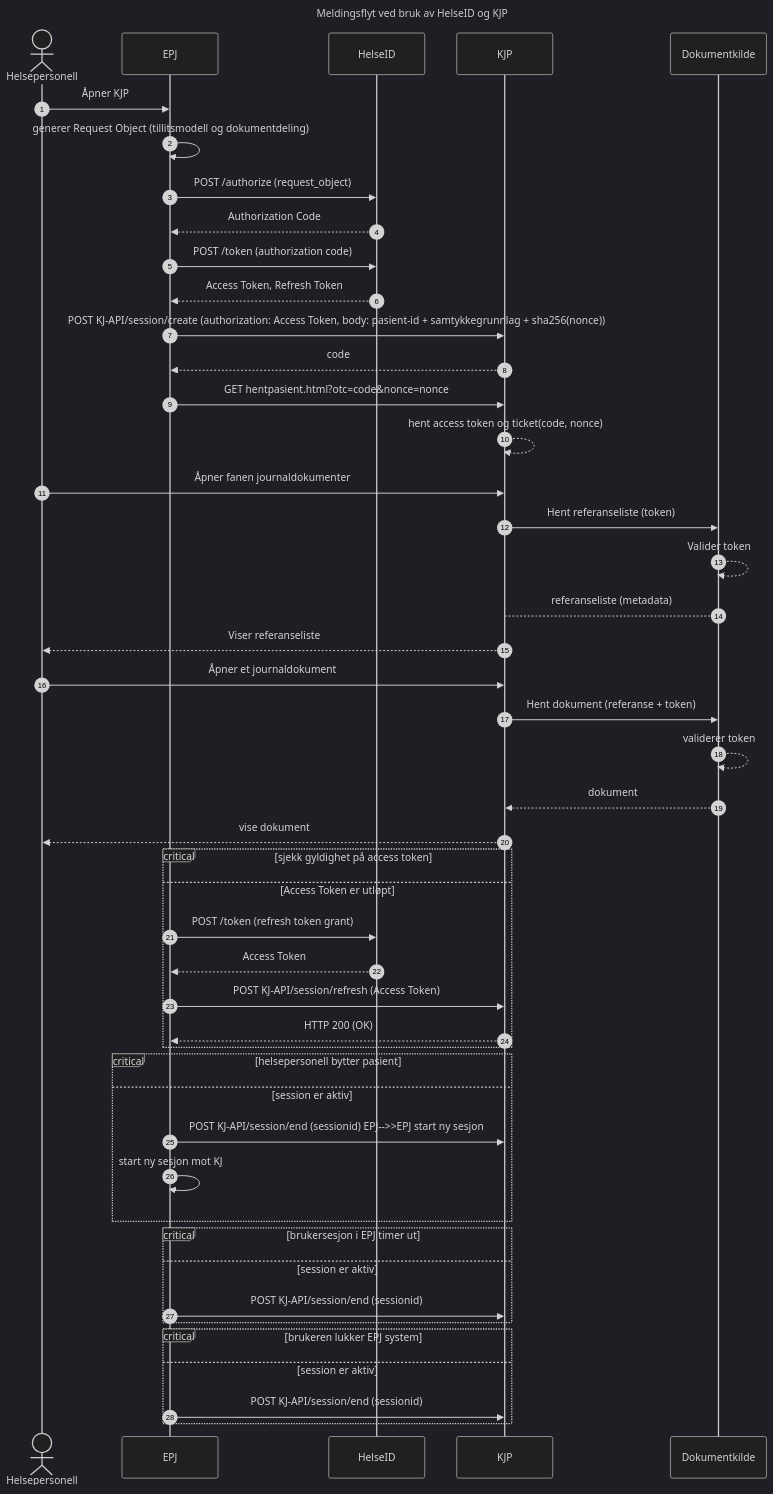
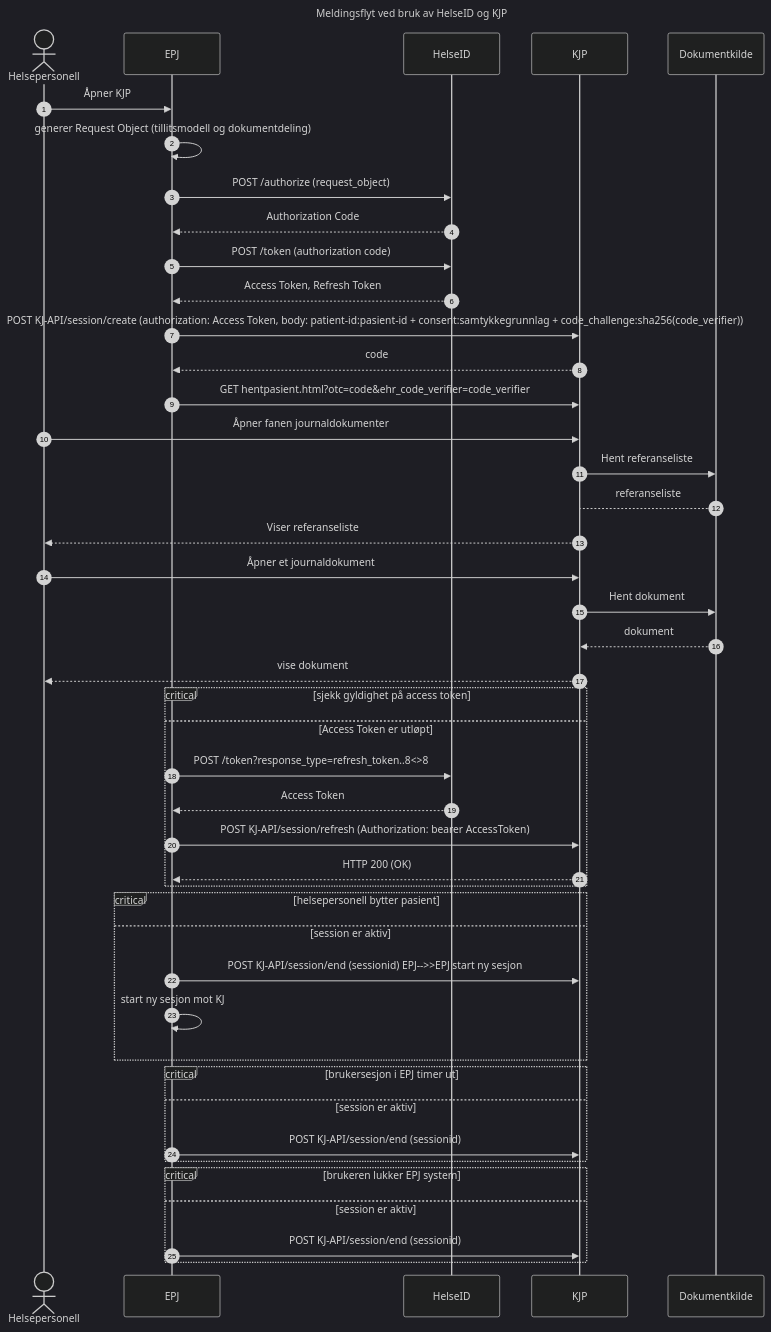
The second of 2 diagrams in specs/dokumentdeling_overordnet_spec.md (NorskHelsenett/Tillitsrammeverk), drawn with Mermaid (dark theme) before and after one commit. The commit also changed other lines of this file and 2 other files, not shown here.

`````diff
--- a/specs/dokumentdeling_overordnet_spec.md
+++ b/specs/dokumentdeling_overordnet_spec.md
@@ -89,59 +79,56 @@
 ````mermaid
 sequenceDiagram 
   autonumber
   title Meldingsflyt ved bruk av HelseID og KJP
   actor HP as Helsepersonell
   participant EPJ
   participant HelseID
   participant KJP
   participant Dokumentkilde
 
   HP->>EPJ: Åpner KJP
   EPJ->>EPJ: generer Request Object (tillitsmodell og dokumentdeling)
   EPJ->>HelseID: POST /authorize (request_object)
   HelseID-->>EPJ: Authorization Code
   EPJ->>HelseID: POST /token (authorization code)
   HelseID-->>EPJ: Access Token, Refresh Token
-  EPJ->>KJP: POST KJ-API/session/create (authorization: Access Token, body: pasient-id + samtykkegrunnlag + sha256(nonce))
+  EPJ->>KJP: POST KJ-API/session/create (authorization: Access Token, body: patient-id:pasient-id + consent:samtykkegrunnlag + code_challenge:sha256(code_verifier))
   KJP-->>EPJ: code
-  EPJ->>KJP: GET hentpasient.html?otc=code&nonce=nonce
-  KJP-->>KJP: hent access token og ticket(code, nonce)
+  EPJ->>KJP: GET hentpasient.html?otc=code&ehr_code_verifier=code_verifier
   HP->>KJP: Åpner fanen journaldokumenter
-  KJP->>Dokumentkilde: Hent referanseliste (token)
+  KJP->>Dokumentkilde: Hent referanseliste
  
-  Dokumentkilde-->>Dokumentkilde: Valider token
-  Dokumentkilde-->KJP: referanseliste (metadata)
+  Dokumentkilde-->KJP: referanseliste
  
   KJP-->>HP: Viser referanseliste
   HP->>KJP: Åpner et journaldokument
-  KJP->>Dokumentkilde: Hent dokument (referanse + token)
-  Dokumentkilde-->>Dokumentkilde: validerer token
+  KJP->>Dokumentkilde: Hent dokument
   Dokumentkilde-->>KJP: dokument
   KJP-->>HP: vise dokument
 
   critical sjekk gyldighet på access token
 
     option Access Token er utløpt
-        EPJ->>HelseID: POST /token (refresh token grant)
+        EPJ->>HelseID: POST /token?response_type=refresh_token..8<>8
         HelseID-->>EPJ: Access Token
-        EPJ->>KJP: POST KJ-API/session/refresh (Access Token) 
+        EPJ->>KJP: POST KJ-API/session/refresh (Authorization: bearer AccessToken) 
         KJP-->>EPJ: HTTP 200 (OK)
   end
 
   critical helsepersonell bytter pasient
   option session er aktiv
     EPJ->>KJP: POST KJ-API/session/end (sessionid) EPJ-->>EPJ start ny sesjon
     EPJ->>EPJ: start ny sesjon mot KJ
   end
   
   critical brukersesjon i EPJ timer ut
   option session er aktiv
     EPJ->>KJP: POST KJ-API/session/end (sessionid)
   end
 
   critical brukeren lukker EPJ system
   option session er aktiv
     EPJ->>KJP: POST KJ-API/session/end (sessionid)
 
 end 
 ````
`````
